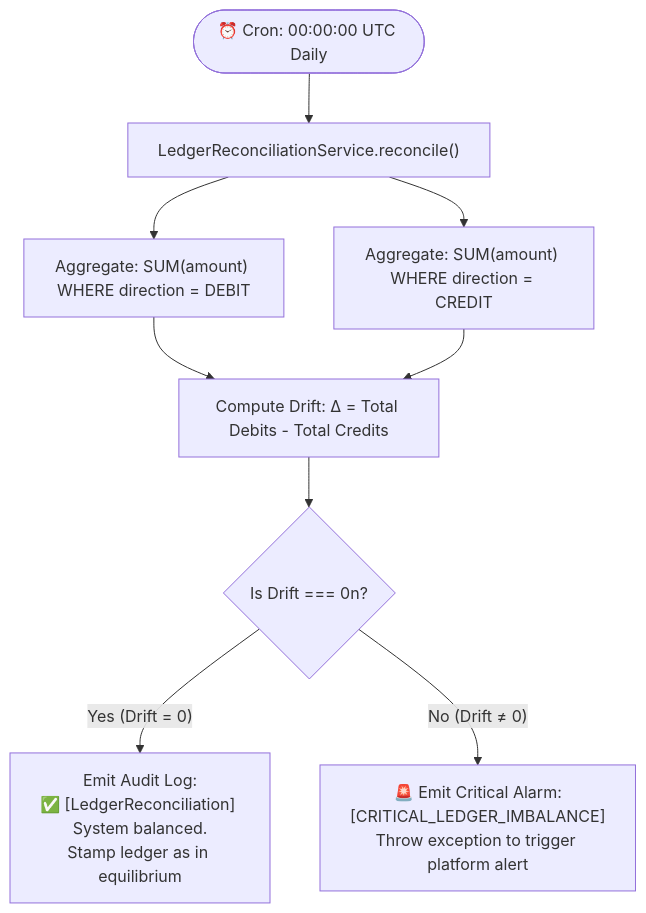
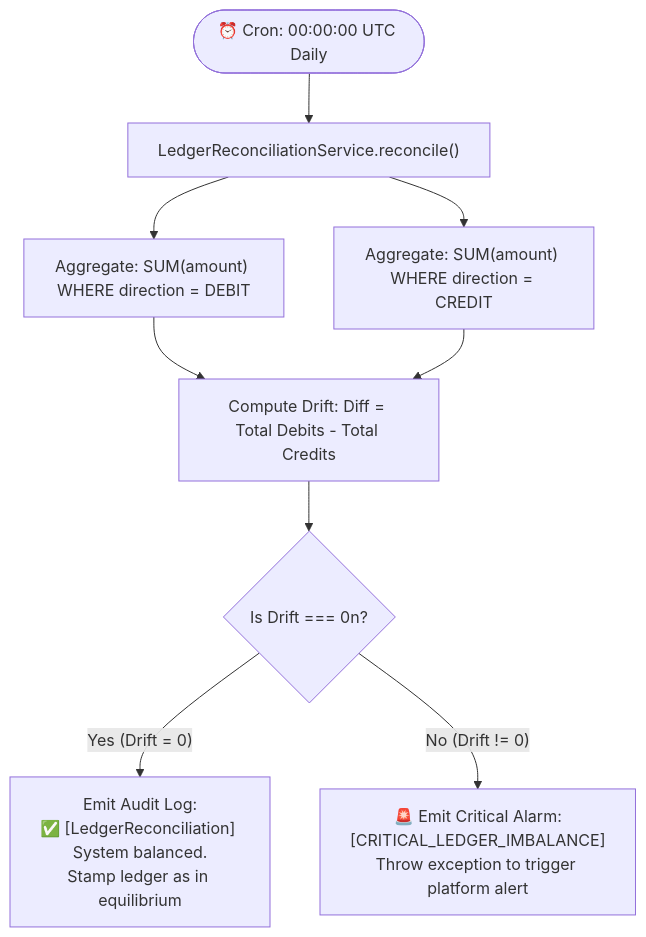
Before and after one commit to devhenode/Banking-API: diagram 23 of 23 in docs/DESIGN.md, drawn with Mermaid. The commit also changed other lines of this file, not shown here.

Commit message:
fix(docs): fix Mermaid diagram syntax errors for GitHub rendering

````diff
--- a/docs/DESIGN.md
+++ b/docs/DESIGN.md
@@ -939,11 +939,11 @@
 ```mermaid
 flowchart TD
     Schedule(["⏰ Cron: 00:00:00 UTC Daily"]) --> Start["LedgerReconciliationService.reconcile()"]
     Start --> Debits["Aggregate: SUM(amount) WHERE direction = DEBIT"]
     Start --> Credits["Aggregate: SUM(amount) WHERE direction = CREDIT"]
-    Debits --> Diff["Compute Drift: Δ = Total Debits - Total Credits"]
+    Debits --> Diff["Compute Drift: Diff = Total Debits - Total Credits"]
     Credits --> Diff
     Diff --> Check{"Is Drift === 0n?"}
     Check -- "Yes (Drift = 0)" --> Healthy["Emit Audit Log:<br/>✅ [LedgerReconciliation] System balanced.<br/>Stamp ledger as in equilibrium"]
-    Check -- "No (Drift ≠ 0)" --> Alarm["🚨 Emit Critical Alarm:<br/>[CRITICAL_LEDGER_IMBALANCE]<br/>Throw exception to trigger platform alert"]
+    Check -- "No (Drift != 0)" --> Alarm["🚨 Emit Critical Alarm:<br/>[CRITICAL_LEDGER_IMBALANCE]<br/>Throw exception to trigger platform alert"]
 ```
````
